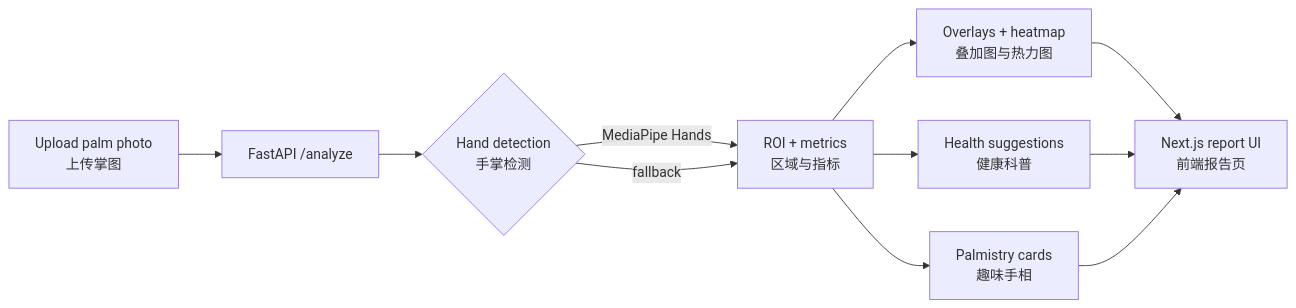
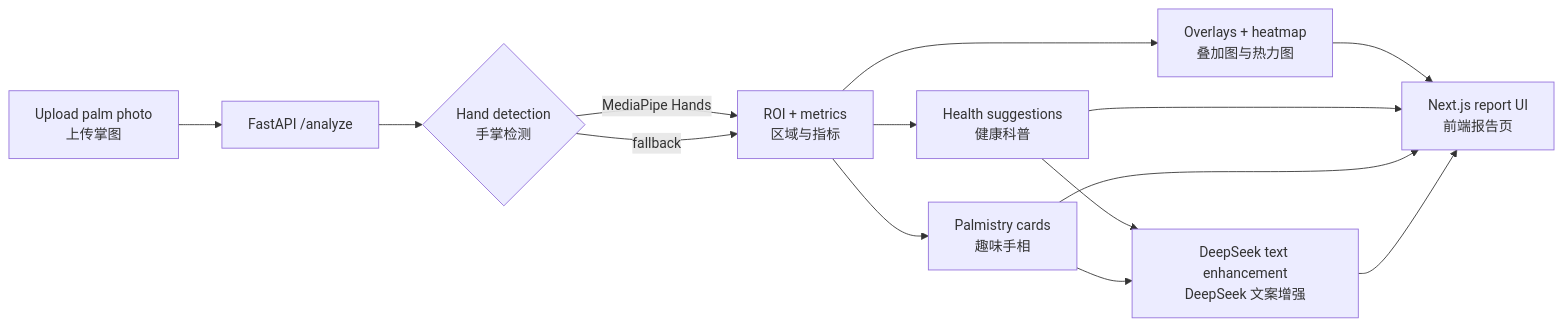
One commit to Lava168/PalmLens changed the diagram in README.md. Above: the diagram before and after it, drawn with Mermaid. The commit also changed other lines of this file and 6 other files, not shown here.

````diff
--- a/README.md
+++ b/README.md
@@ -68,13 +68,16 @@
 ```mermaid
 flowchart LR
   A[Upload palm photo<br/>上传掌图] --> B[FastAPI /analyze]
   B --> C{Hand detection<br/>手掌检测}
   C -->|MediaPipe Hands| D[ROI + metrics<br/>区域与指标]
   C -->|fallback| D
   D --> E[Overlays + heatmap<br/>叠加图与热力图]
   D --> F[Health suggestions<br/>健康科普]
   D --> G[Palmistry cards<br/>趣味手相]
+  F --> I[DeepSeek text enhancement<br/>DeepSeek 文案增强]
+  G --> I
   E --> H[Next.js report UI<br/>前端报告页]
   F --> H
   G --> H
+  I --> H
 ```
````
